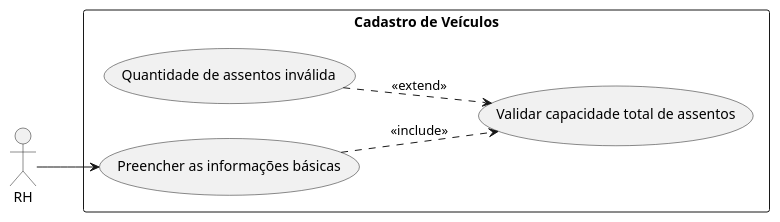
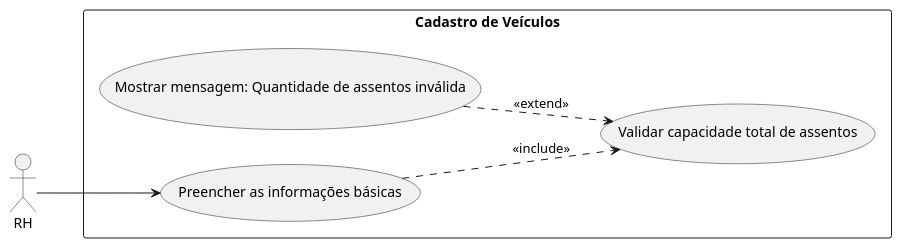
The diagram in estudoDeCasos/cadastroVeiculo.puml (AnaBeatrizA-Silva/CaronaCorporativa_EngSof), drawn with PlantUML before and after one commit. The commit also changed 16 other files, not shown here.

Commit message:
Exportando para xml os diagramas e concertando os estudos de caso

```diff
--- a/estudoDeCasos/cadastroVeiculo.puml
+++ b/estudoDeCasos/cadastroVeiculo.puml
@@ -1,19 +1,19 @@
 @startuml Cadastro de Veículos
 
 left to right direction
 
 actor RH
 
 rectangle "Cadastro de Veículos" {
     usecase "Preencher as informações básicas" as cadVei_Info
     usecase "Validar capacidade total de assentos" as cadVei_ValiAssnts
-    usecase "Quantidade de assentos inválida" as cadVei_QntAssents
+    usecase "Mostrar mensagem: Quantidade de assentos inválida" as cadVei_QntAssents
 }
 
 
 RH --> cadVei_Info
 cadVei_Info .down.> cadVei_ValiAssnts: <<include>>
 cadVei_ValiAssnts <.up. cadVei_QntAssents: <<extend>>
 
 
 @enduml
```
